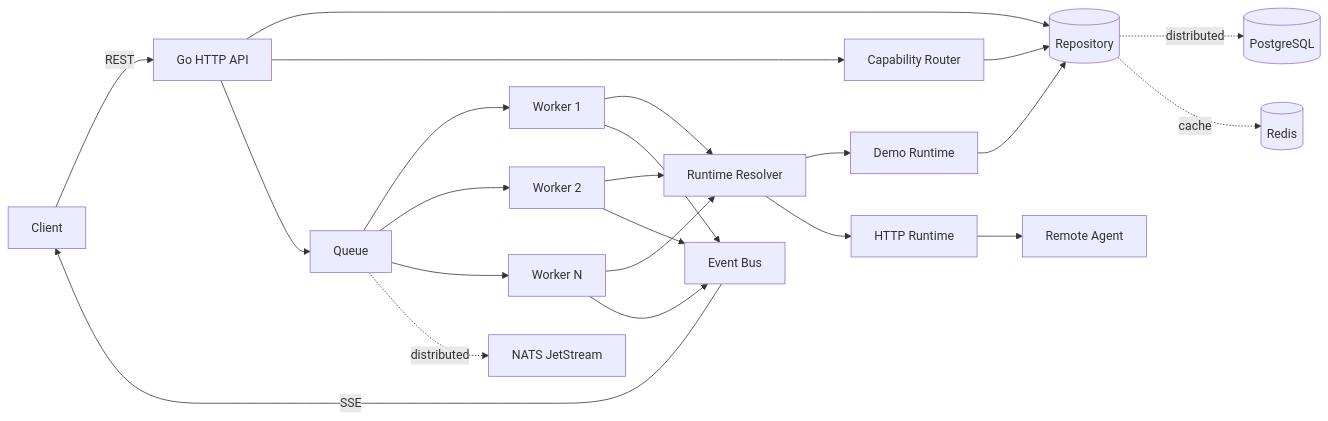
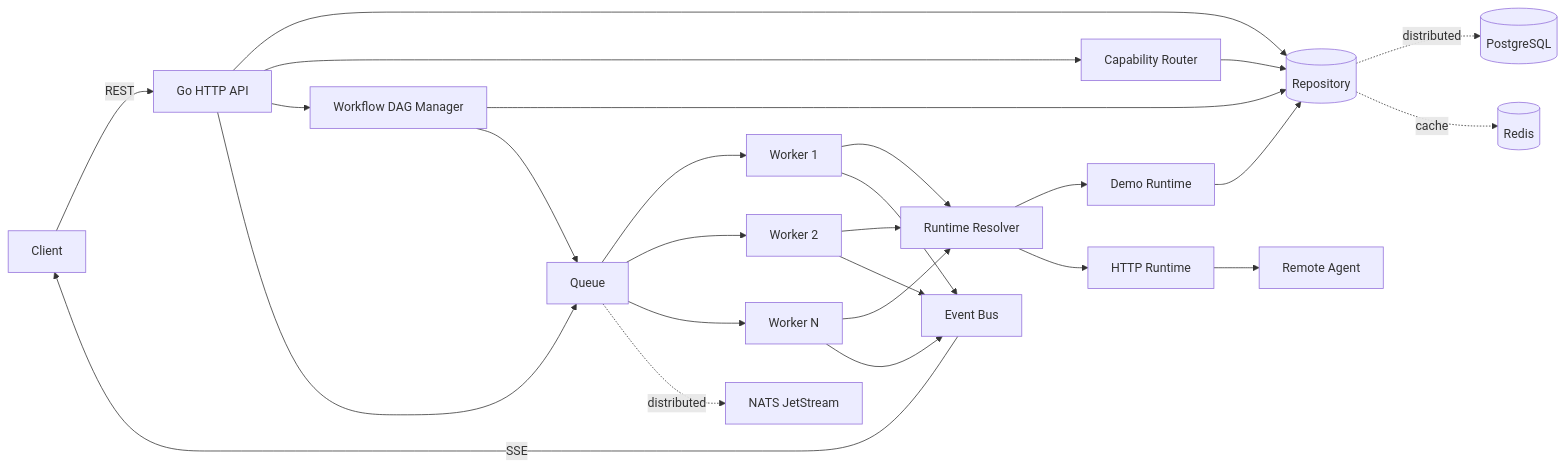
One commit to thiagomontozo/agentmesh changed the diagram in README.md. Above: the diagram before and after it, drawn with Mermaid. The commit also changed other lines of this file and 9 other files, not shown here.

````diff
--- a/README.md
+++ b/README.md
@@ -24,25 +24,28 @@
 ```mermaid
 flowchart LR
     C[Client] -->|REST| API[Go HTTP API]
     API --> S[(Repository)]
     API --> AR[Capability Router]
     AR --> S
+    API --> WF[Workflow DAG Manager]
+    WF --> S
+    WF --> Q
     API --> Q[Queue]
     Q --> W1[Worker 1]
     Q --> W2[Worker 2]
     Q --> WN[Worker N]
     W1 --> RR[Runtime Resolver]
     W2 --> RR
     WN --> RR
     RR --> D[Demo Runtime]
     RR --> H[HTTP Runtime]
     H --> A[Remote Agent]
     D --> S
     W1 --> B[Event Bus]
     W2 --> B
     WN --> B
     B -->|SSE| C
     S -. distributed .-> PG[(PostgreSQL)]
     S -. cache .-> R[(Redis)]
     Q -. distributed .-> N[NATS JetStream]
 ```
````
